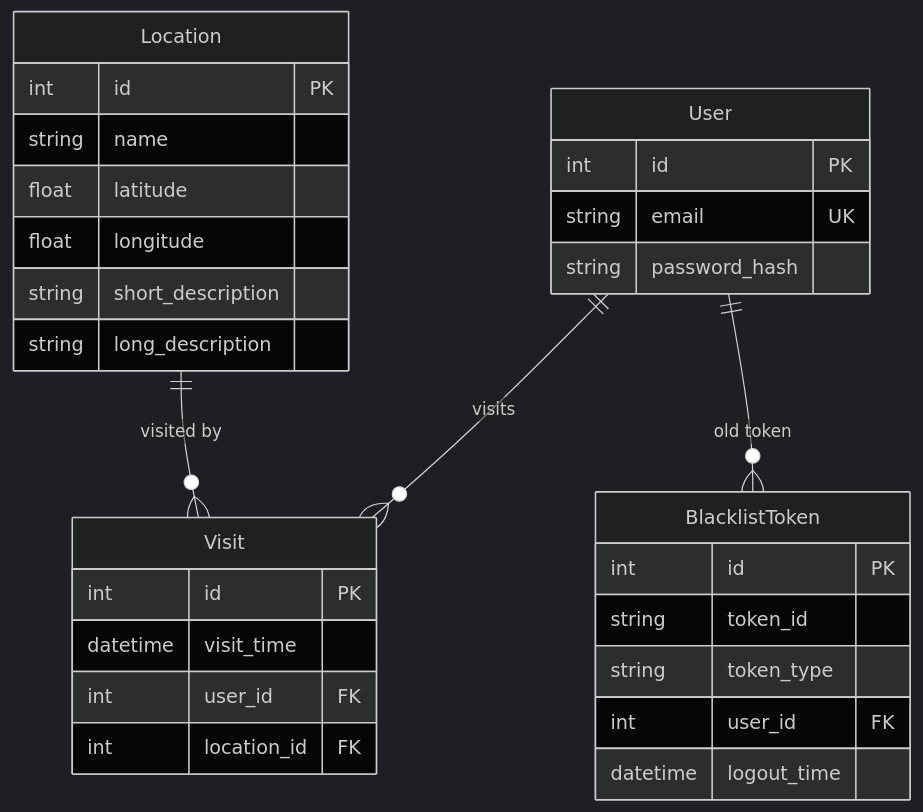
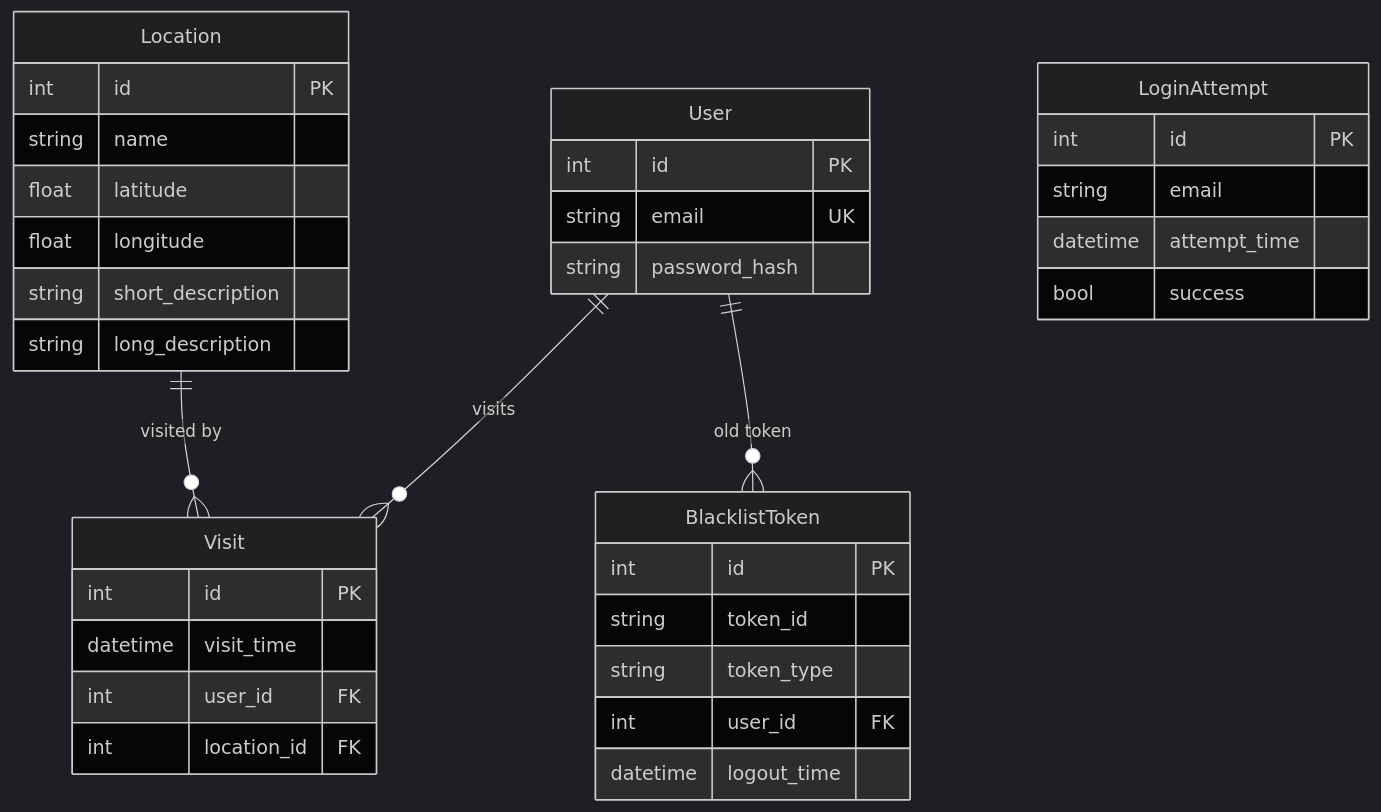
One commit to CS-495-Historical-Sites/remnant changed the diagram in documentation/docs/Documentation/Database.md. Above: the diagram before and after it, drawn with Mermaid (dark theme). The commit also changed 5 other files, not shown here.

````diff
--- a/documentation/docs/Documentation/Database.md
+++ b/documentation/docs/Documentation/Database.md
@@ -3,33 +3,39 @@
 ``` mermaid
 erDiagram
     User {
         int id  PK
         string email UK
         string password_hash 
     }
     Location {
         int id  PK
         string name 
         float latitude
         float longitude
         string short_description
         string long_description
     }
     Visit {
         int id  PK
         datetime visit_time 
         int user_id  FK
         int location_id  FK
     }
     BlacklistToken {
         int id PK
         string token_id
         string token_type
         int user_id FK
         datetime logout_time
     }
+    LoginAttempt {
+        int id PK
+        string email
+        datetime attempt_time
+        bool success
+    }
 
     User ||--o{ Visit : "visits"
     Location ||--o{ Visit : "visited by"
     User ||--o{BlacklistToken : "old token"
 ```
````
